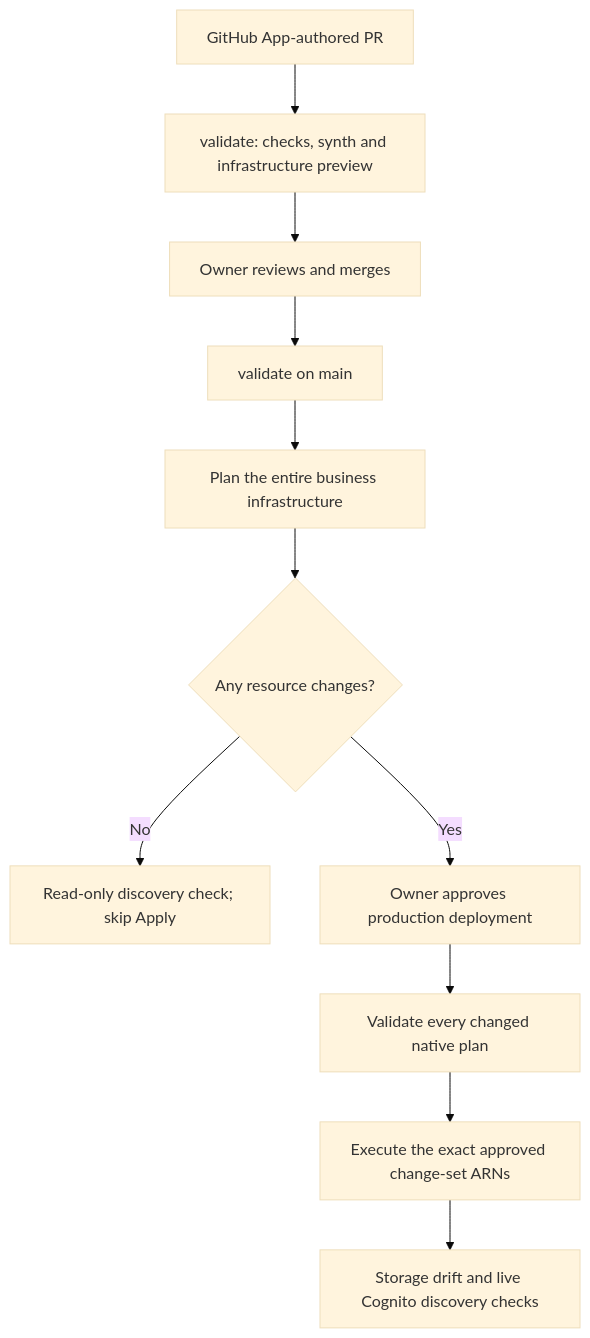
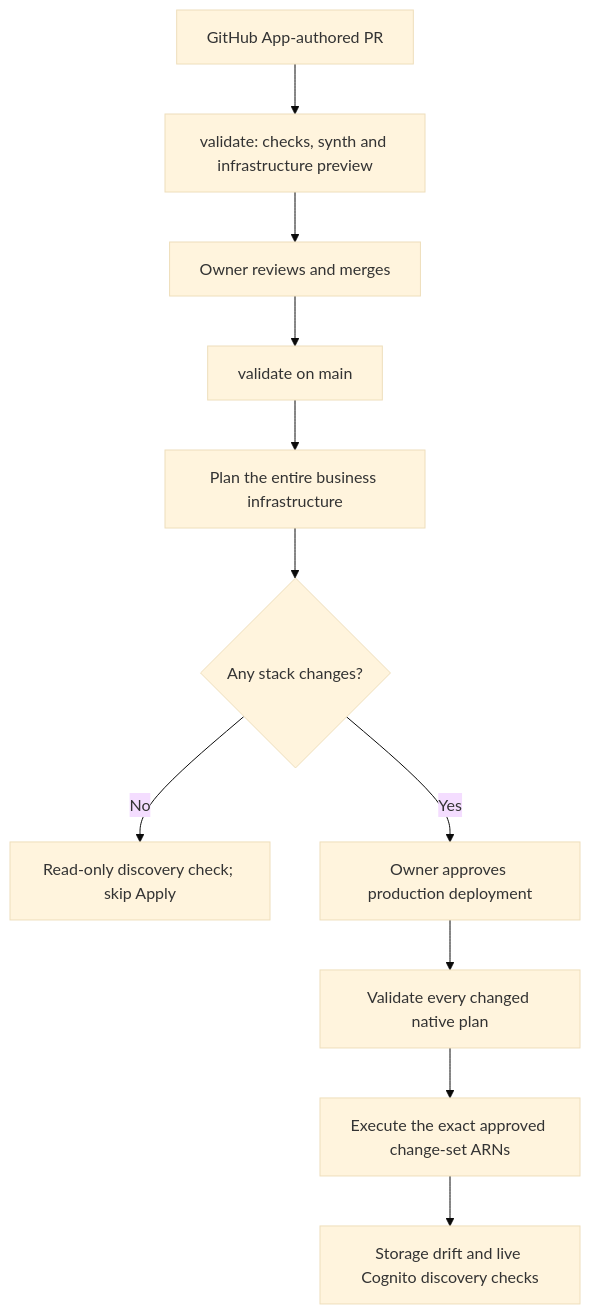
The second of 2 diagrams in README.md (yepengfan/obsidian-workflow-infra), drawn with Mermaid (base theme) before and after one commit. The commit also changed 3 other files, not shown here.

````diff
--- a/README.md
+++ b/README.md
@@ -45,13 +45,13 @@
 ```mermaid
 flowchart TD
     PR["GitHub App-authored PR"] --> Verify["validate: checks, synth and infrastructure preview"]
     Verify --> Review["Owner reviews and merges"]
     Review --> Main["validate on main"]
     Main --> Plan["Plan the entire business infrastructure"]
-    Plan --> Changes{"Any resource changes?"}
+    Plan --> Changes{"Any stack changes?"}
     Changes -->|No| Unchanged["Read-only discovery check; skip Apply"]
     Changes -->|Yes| Approval["Owner approves production deployment"]
     Approval --> Preflight["Validate every changed native plan"]
     Preflight --> Apply["Execute the exact approved change-set ARNs"]
     Apply --> Check["Storage drift and live Cognito discovery checks"]
 ```
````
